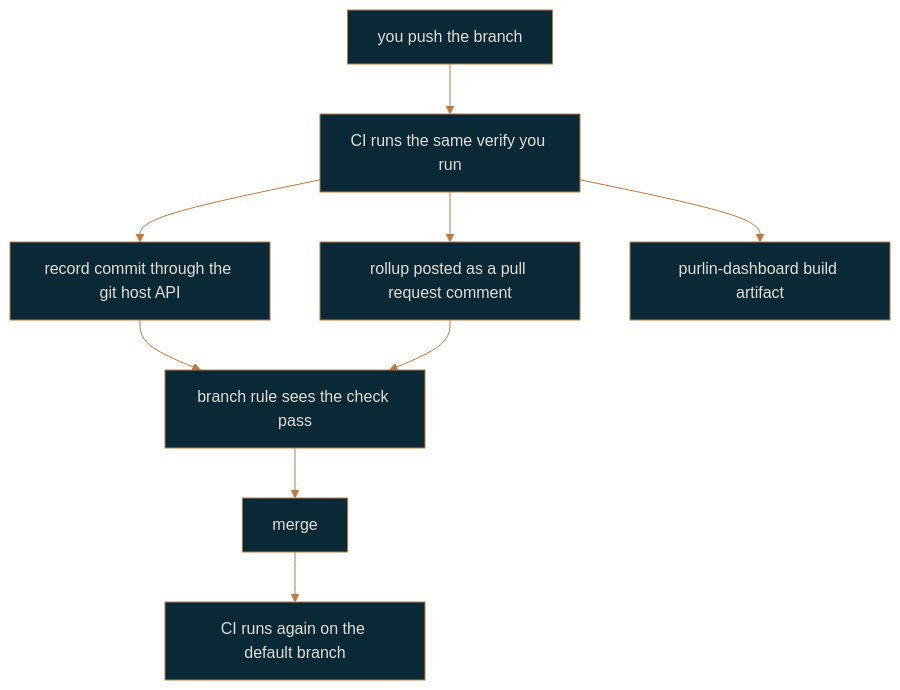
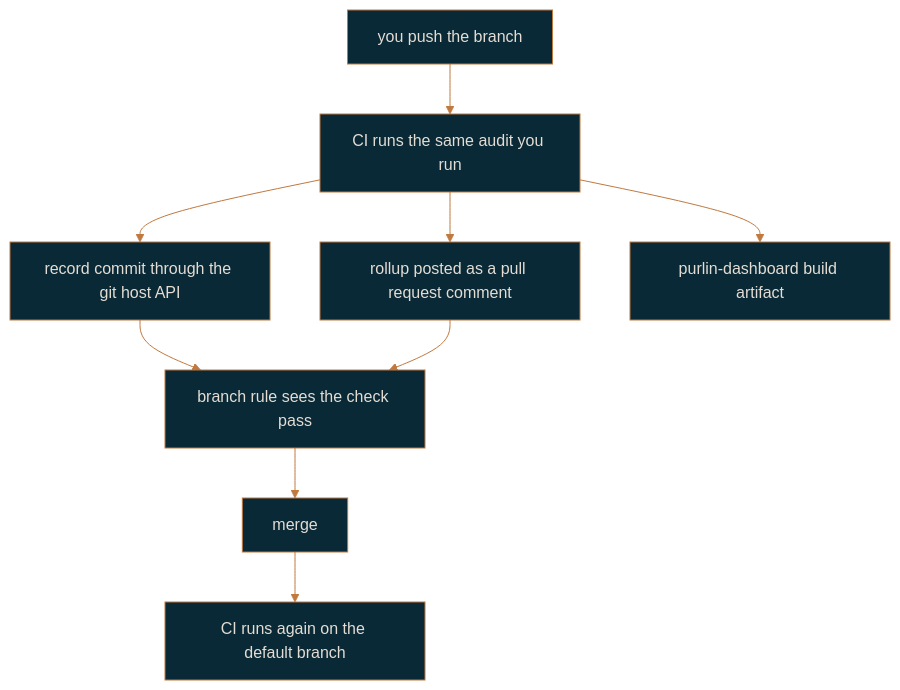
One commit to rlabarca/purlin changed the diagram in docs/team-workflow.md. Above: the diagram before and after it, drawn with Mermaid. The commit also changed other lines of this file and 5 other files, not shown here.

````diff
--- a/docs/team-workflow.md
+++ b/docs/team-workflow.md
@@ -27,12 +34,12 @@
 ```mermaid
 %%{init: {"theme": "base", "themeVariables": {"background": "#0C3444", "primaryColor": "#092936", "primaryTextColor": "#E4DDD4", "primaryBorderColor": "#C0793F", "lineColor": "#C0793F", "secondaryColor": "#0C3444", "tertiaryColor": "#092936", "fontFamily": "Arial", "textColor": "#E4DDD4"}}}%%
 flowchart TD
-    A[you push the branch] --> B[CI runs the same verify you run]
+    A[you push the branch] --> B[CI runs the same audit you run]
     B --> C[record commit through the git host API]
     B --> D[rollup posted as a pull request comment]
     B --> E[purlin-dashboard build artifact]
     C --> F[branch rule sees the check pass]
     D --> F
     F --> G[merge]
     G --> H[CI runs again on the default branch]
 ```
````
